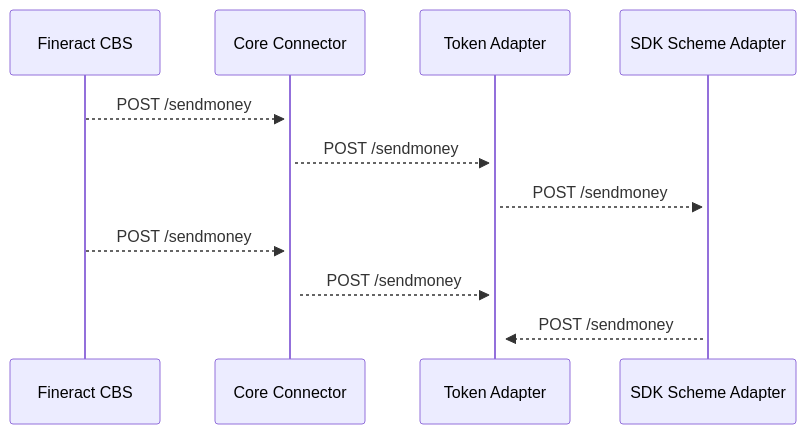
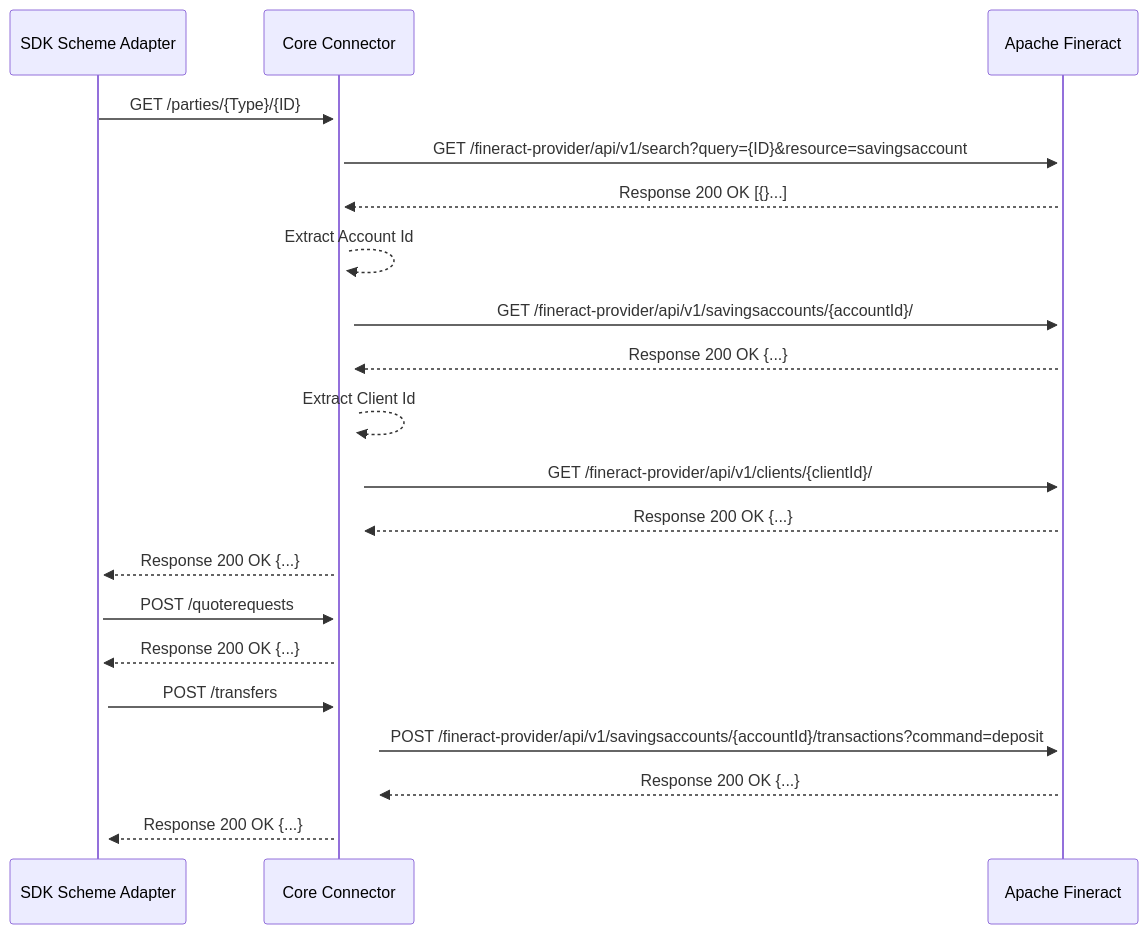
The diagram in README.md (mojaloop/mifos-core-connector-docs), drawn with Mermaid before and after one commit. The commit also changed other lines of this file, not shown here.

````diff
--- a/README.md
+++ b/README.md
@@ -71,9 +75,20 @@
 ```mermaid
 sequenceDiagram
-    Fineract CBS-->>+Core Connector: POST /sendmoney
-    Core Connector-->>+Token Adapter: POST /sendmoney
-    Token Adapter-->>+SDK Scheme Adapter: POST /sendmoney
-    Fineract CBS-->>+Core Connector: POST /sendmoney
-    Core Connector-->>+Token Adapter: POST /sendmoney
-    SDK Scheme Adapter-->>+Token Adapter: POST /sendmoney
+    SDK Scheme Adapter->>+Core Connector: GET /parties/{Type}/{ID}
+    Core Connector->>+Apache Fineract: GET /fineract-provider/api/v1/search?query={ID}&resource=savingsaccount
+    Apache Fineract-->>+Core Connector: Response 200 OK [{}...]
+    Core Connector-->>+Core Connector: Extract Account Id
+    Core Connector->>+Apache Fineract: GET /fineract-provider/api/v1/savingsaccounts/{accountId}/
+    Apache Fineract-->>+Core Connector: Response 200 OK {...}
+    Core Connector-->>+Core Connector: Extract Client Id
+    Core Connector->>+Apache Fineract: GET /fineract-provider/api/v1/clients/{clientId}/
+    Apache Fineract-->>+Core Connector: Response 200 OK {...}
+    Core Connector-->>+SDK Scheme Adapter: Response 200 OK {...}
+    SDK Scheme Adapter->>+Core Connector: POST /quoterequests
+    Core Connector-->>+SDK Scheme Adapter: Response 200 OK {...}
+    SDK Scheme Adapter->>+Core Connector: POST /transfers
+    Core Connector->>+Apache Fineract: POST /fineract-provider/api/v1/savingsaccounts/{accountId}/transactions?command=deposit
+    Apache Fineract-->>+Core Connector: Response 200 OK {...}
+    Core Connector-->>+SDK Scheme Adapter: Response 200 OK {...}
+
 ```
````
